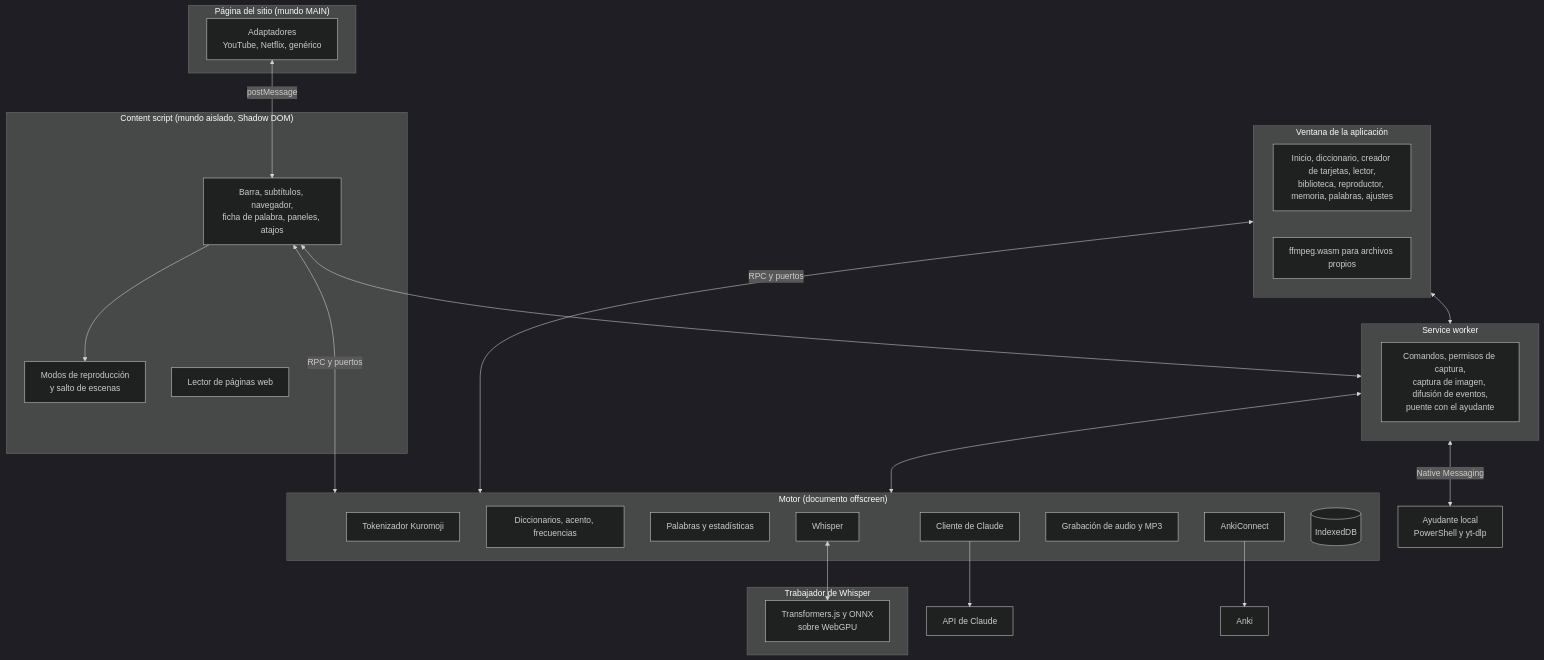
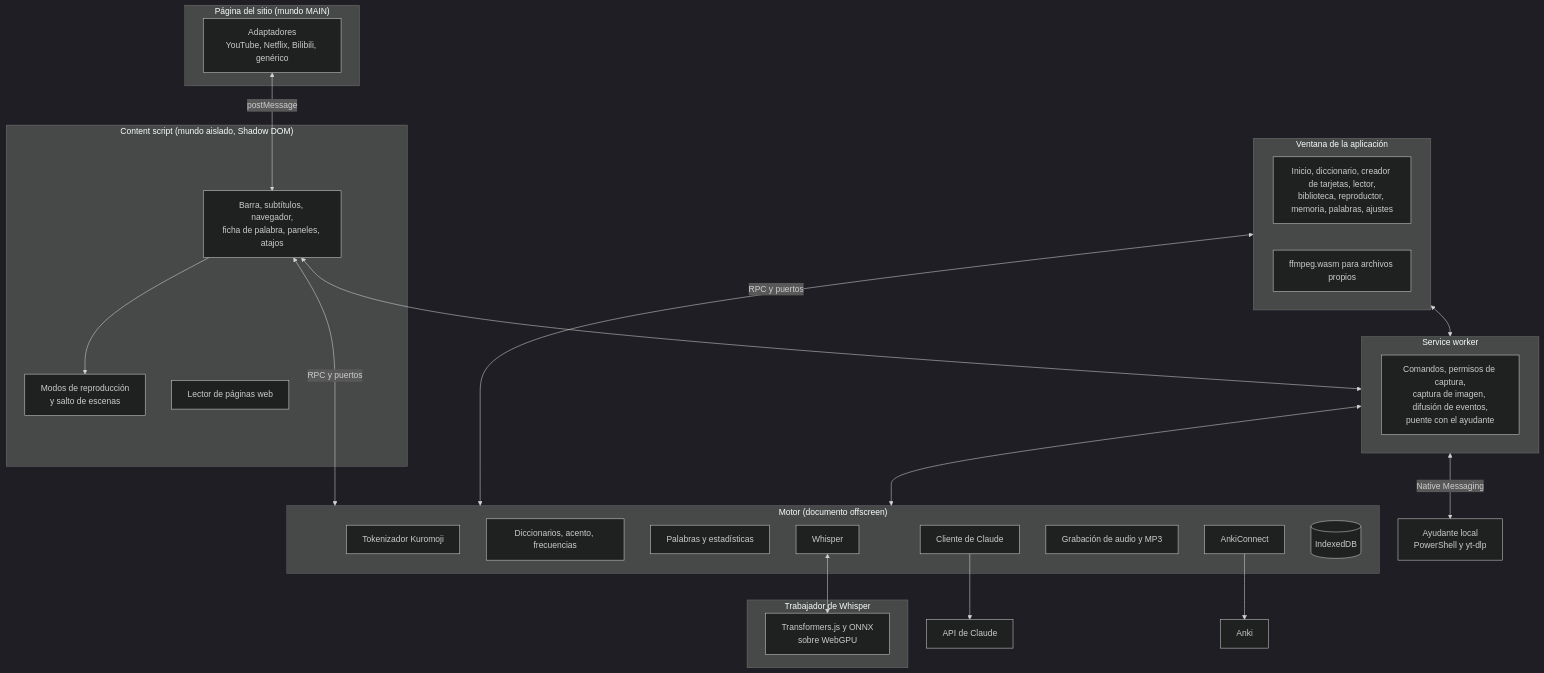
The diagram in docs/arquitectura.md (Eliam4510/kotonoha), drawn with Mermaid (dark theme) before and after one commit. The commit also changed other lines of this file and 31 other files, not shown here.

````diff
--- a/docs/arquitectura.md
+++ b/docs/arquitectura.md
@@ -9,42 +9,42 @@
 ```mermaid
 flowchart TB
   subgraph Pagina["Página del sitio (mundo MAIN)"]
-    AD["Adaptadores<br/>YouTube, Netflix, genérico"]
+    AD["Adaptadores<br/>YouTube, Netflix, Bilibili, genérico"]
   end
   subgraph Contenido["Content script (mundo aislado, Shadow DOM)"]
     UI["Barra, subtítulos, navegador,<br/>ficha de palabra, paneles, atajos"]
     MODO["Modos de reproducción<br/>y salto de escenas"]
     WEB["Lector de páginas web"]
   end
   subgraph SW["Service worker"]
     RUTA["Comandos, permisos de captura,<br/>captura de imagen, difusión de eventos,<br/>puente con el ayudante"]
   end
   subgraph Motor["Motor (documento offscreen)"]
     TOK["Tokenizador Kuromoji"]
     DIC["Diccionarios, acento, frecuencias"]
     PAL["Palabras y estadísticas"]
     IA["Cliente de Claude"]
     ANKI["AnkiConnect"]
     REC["Grabación de audio y MP3"]
     WH["Whisper"]
     DB[("IndexedDB")]
   end
   subgraph Trabajador["Trabajador de Whisper"]
     GPU["Transformers.js y ONNX<br/>sobre WebGPU"]
   end
   subgraph App["Ventana de la aplicación"]
     PANT["Inicio, diccionario, creador de tarjetas, lector,<br/>biblioteca, reproductor, memoria, palabras, ajustes"]
     FF["ffmpeg.wasm para archivos propios"]
   end
   AD <-->|postMessage| UI
   UI --> MODO
   UI <-->|RPC y puertos| Motor
   UI <--> SW
   App <-->|RPC y puertos| Motor
   App <--> SW
   SW <--> Motor
   SW <-->|Native Messaging| AY["Ayudante local<br/>PowerShell y yt-dlp"]
   WH <--> GPU
   IA --> CL["API de Claude"]
   ANKI --> AN["Anki"]
 ```
````
